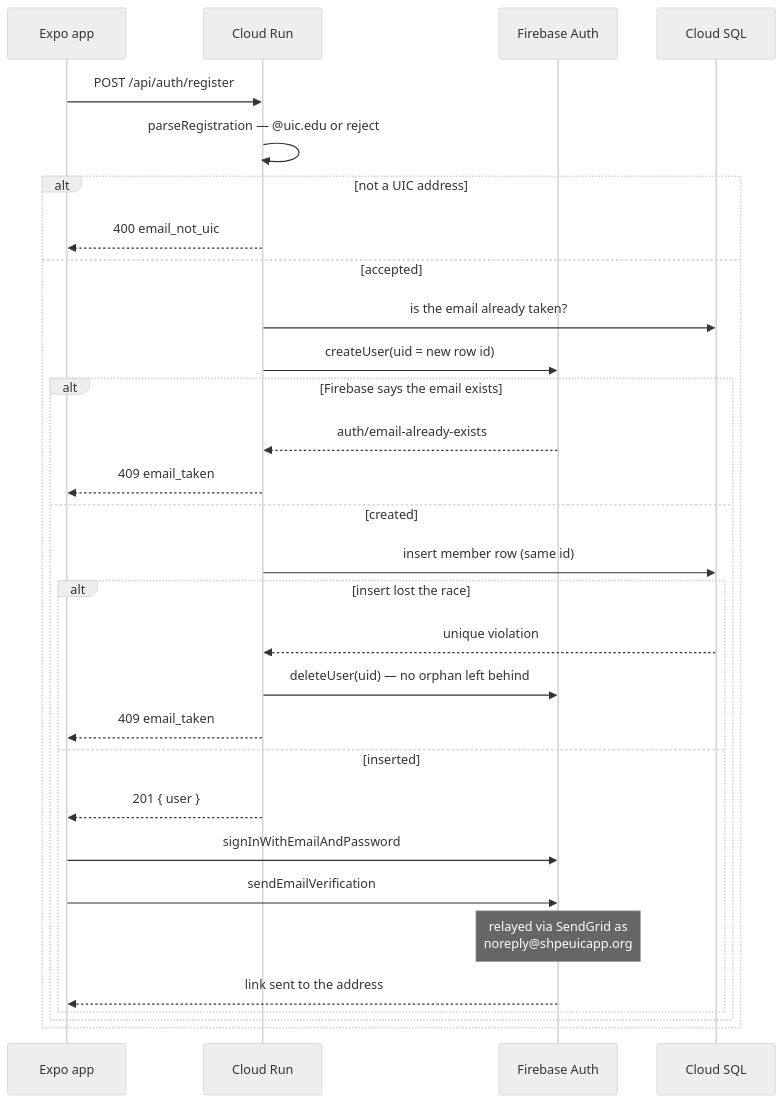
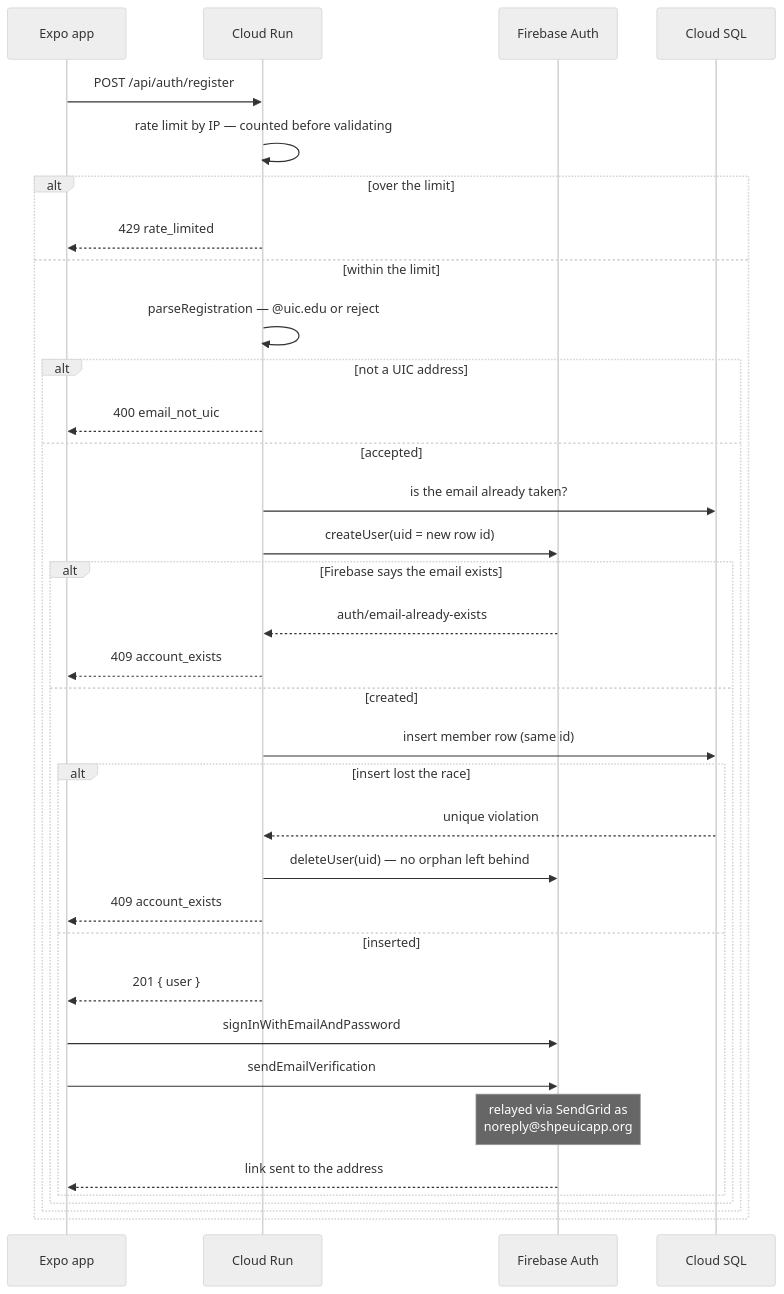
Before and after one commit to SHPE-UIC/shpe-web-app: the third of 13 diagrams in docs/ARCHITECTURE.md, drawn with Mermaid (neutral theme). The commit also changed other lines of this file and 8 other files, not shown here.

````diff
--- a/docs/ARCHITECTURE.md
+++ b/docs/ARCHITECTURE.md
@@ -130,34 +130,42 @@
 ```mermaid
 sequenceDiagram
     participant App as Expo app
     participant API as Cloud Run
     participant FB as Firebase Auth
     participant DB as Cloud SQL
 
     App->>API: POST /api/auth/register
-    API->>API: parseRegistration — @uic.edu or reject
+    API->>API: rate limit by IP — counted before validating
 
-    alt not a UIC address
-        API-->>App: 400 email_not_uic
-    else accepted
-        API->>DB: is the email already taken?
-        API->>FB: createUser(uid = new row id)
-        alt Firebase says the email exists
-            FB-->>API: auth/email-already-exists
-            API-->>App: 409 email_taken
-        else created
-            API->>DB: insert member row (same id)
-            alt insert lost the race
-                DB-->>API: unique violation
-                API->>FB: deleteUser(uid) — no orphan left behind
-                API-->>App: 409 email_taken
-            else inserted
-                API-->>App: 201 { user }
-                App->>FB: signInWithEmailAndPassword
-                App->>FB: sendEmailVerification
-                Note over FB: relayed via SendGrid as<br/>noreply@shpeuicapp.org
-                FB-->>App: link sent to the address
+    alt over the limit
+        API-->>App: 429 rate_limited
+    else within the limit
+        API->>API: parseRegistration — @uic.edu or reject
+
+        alt not a UIC address
+            API-->>App: 400 email_not_uic
+        else accepted
+            API->>DB: is the email already taken?
+            API->>FB: createUser(uid = new row id)
+
+            alt Firebase says the email exists
+                FB-->>API: auth/email-already-exists
+                API-->>App: 409 account_exists
+            else created
+                API->>DB: insert member row (same id)
+
+                alt insert lost the race
+                    DB-->>API: unique violation
+                    API->>FB: deleteUser(uid) — no orphan left behind
+                    API-->>App: 409 account_exists
+                else inserted
+                    API-->>App: 201 { user }
+                    App->>FB: signInWithEmailAndPassword
+                    App->>FB: sendEmailVerification
+                    Note over FB: relayed via SendGrid as<br/>noreply@shpeuicapp.org
+                    FB-->>App: link sent to the address
+                end
             end
         end
     end
 ```
````
